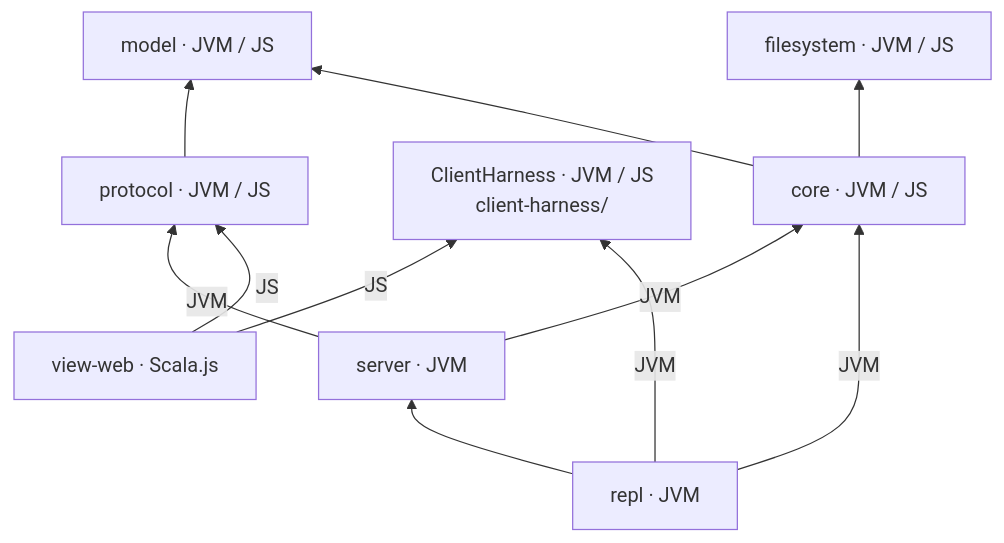
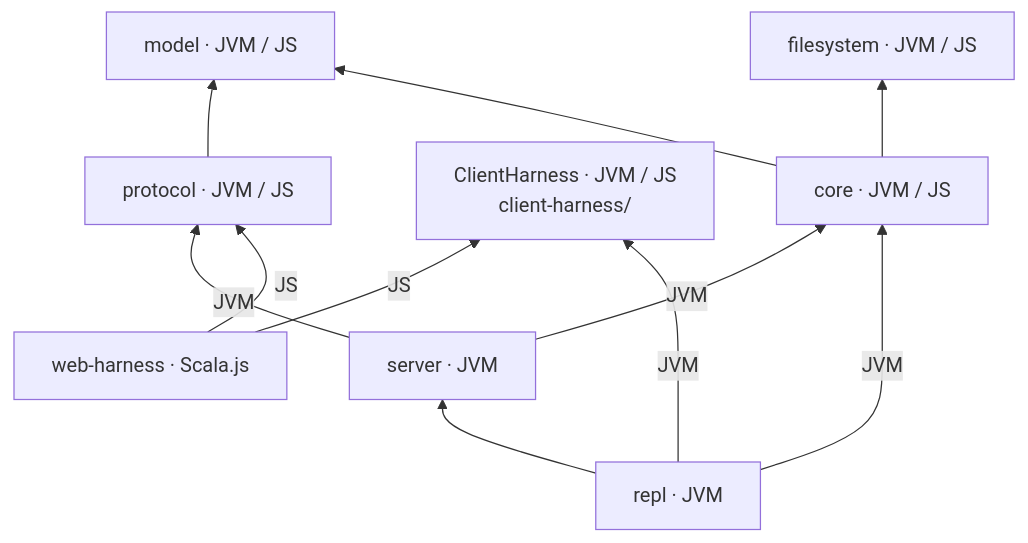
One commit to FabioPinheiro/yallmo changed the diagram in README.md. Above: the diagram before and after it, drawn with Mermaid. The commit also changed other lines of this file and 50 other files, not shown here.

Commit message:
Rename view-web module to web-harness

````diff
--- a/README.md
+++ b/README.md
@@ -65,13 +65,13 @@
 ```mermaid
 flowchart BT
     repl["repl · JVM"] --> server["server · JVM"]
     repl -->|JVM| core["core · JVM / JS"]
     repl -->|JVM| harness["ClientHarness · JVM / JS<br/>client-harness/"]
-    web["view-web · Scala.js"] -->|JS| harness
+    web["web-harness · Scala.js"] -->|JS| harness
     web -->|JS| protocol["protocol · JVM / JS"]
     server -->|JVM| core
     server -->|JVM| protocol
     core --> model["model · JVM / JS"]
     core --> filesystem["filesystem · JVM / JS"]
     protocol --> model
 ```
````
